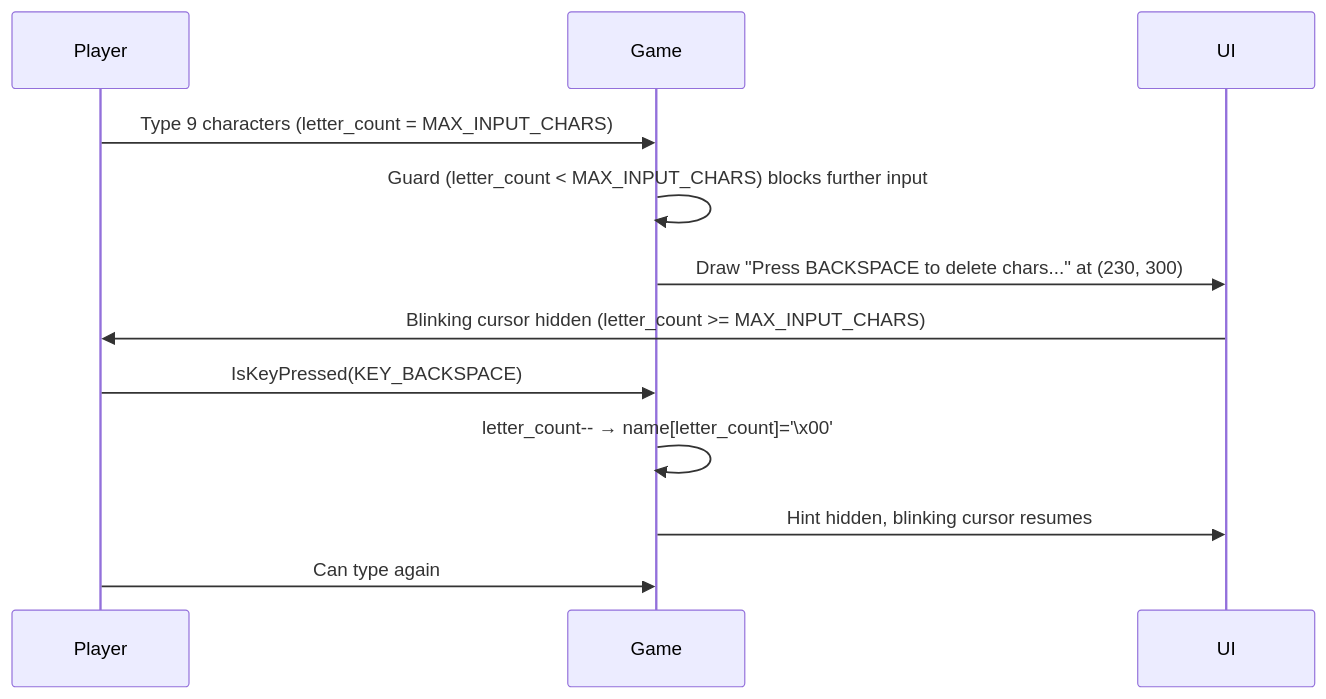
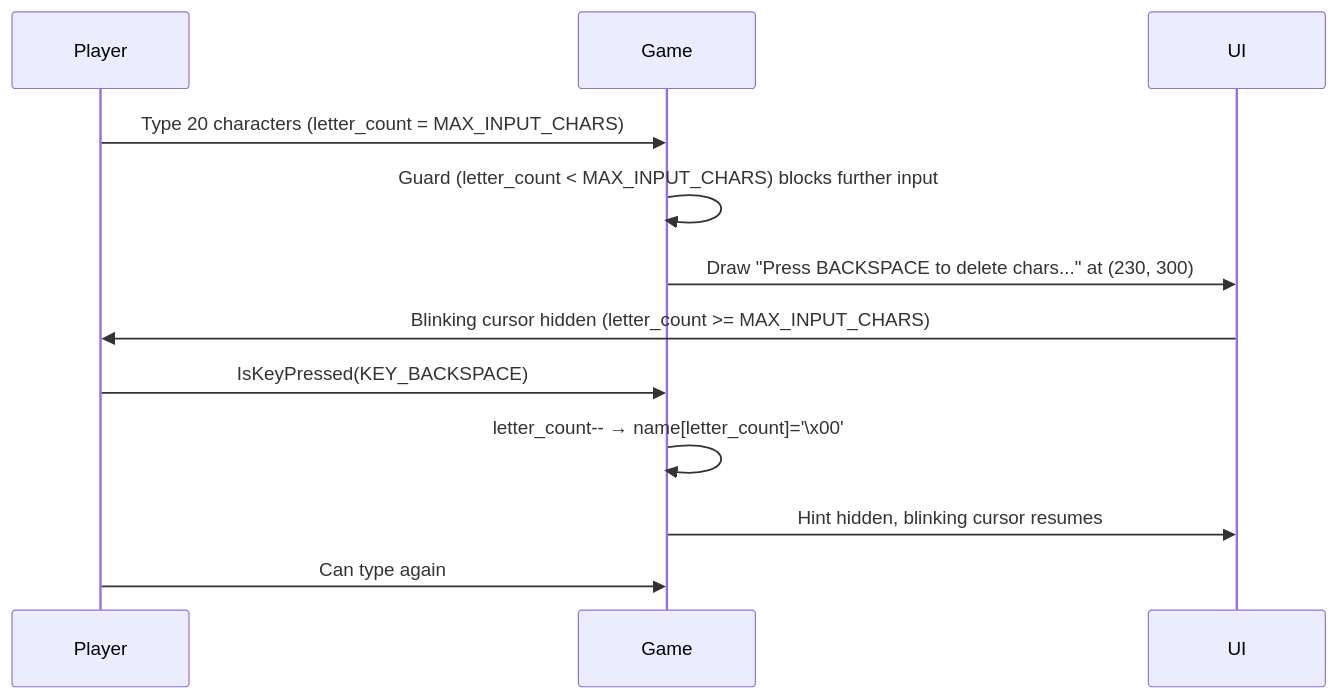
Before and after one commit to bfernandez31/death-note: the seventh of 10 diagrams in specs/specifications/features.md, drawn with Mermaid. The commit also changed other lines of this file and 4 other files, not shown here.

````diff
--- a/specs/specifications/features.md
+++ b/specs/specifications/features.md
@@ -878,15 +903,15 @@
 ```mermaid
 sequenceDiagram
     participant Player
     participant Game
     participant UI
 
-    Player->>Game: Type 9 characters (letter_count = MAX_INPUT_CHARS)
+    Player->>Game: Type 20 characters (letter_count = MAX_INPUT_CHARS)
     Game->>Game: Guard (letter_count < MAX_INPUT_CHARS) blocks further input
     Game->>UI: Draw "Press BACKSPACE to delete chars..." at (230, 300)
     UI->>Player: Blinking cursor hidden (letter_count >= MAX_INPUT_CHARS)
     Player->>Game: IsKeyPressed(KEY_BACKSPACE)
     Game->>Game: letter_count-- → name[letter_count]='\x00'
     Game->>UI: Hint hidden, blinking cursor resumes
     Player->>Game: Can type again
 ```
````
